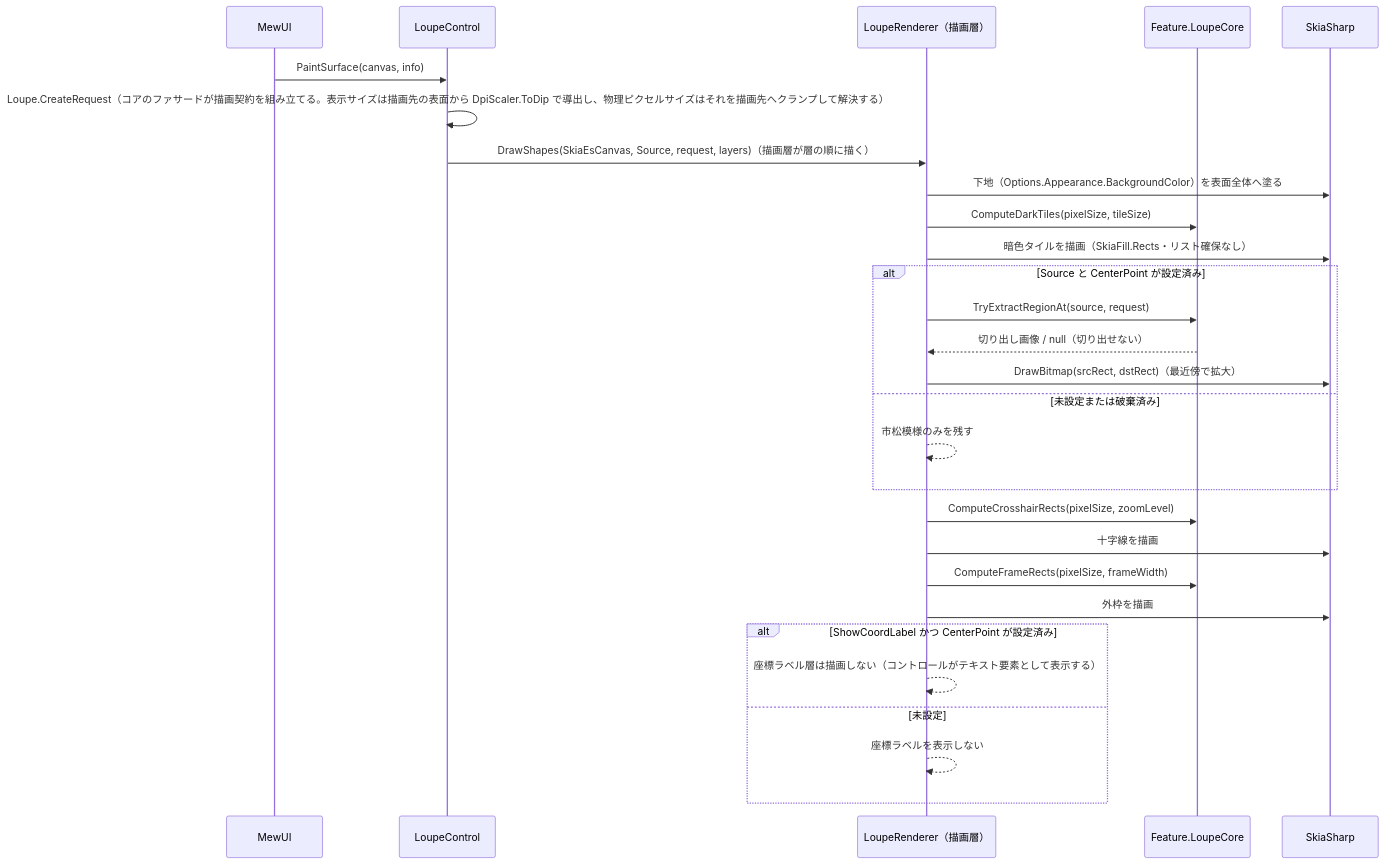
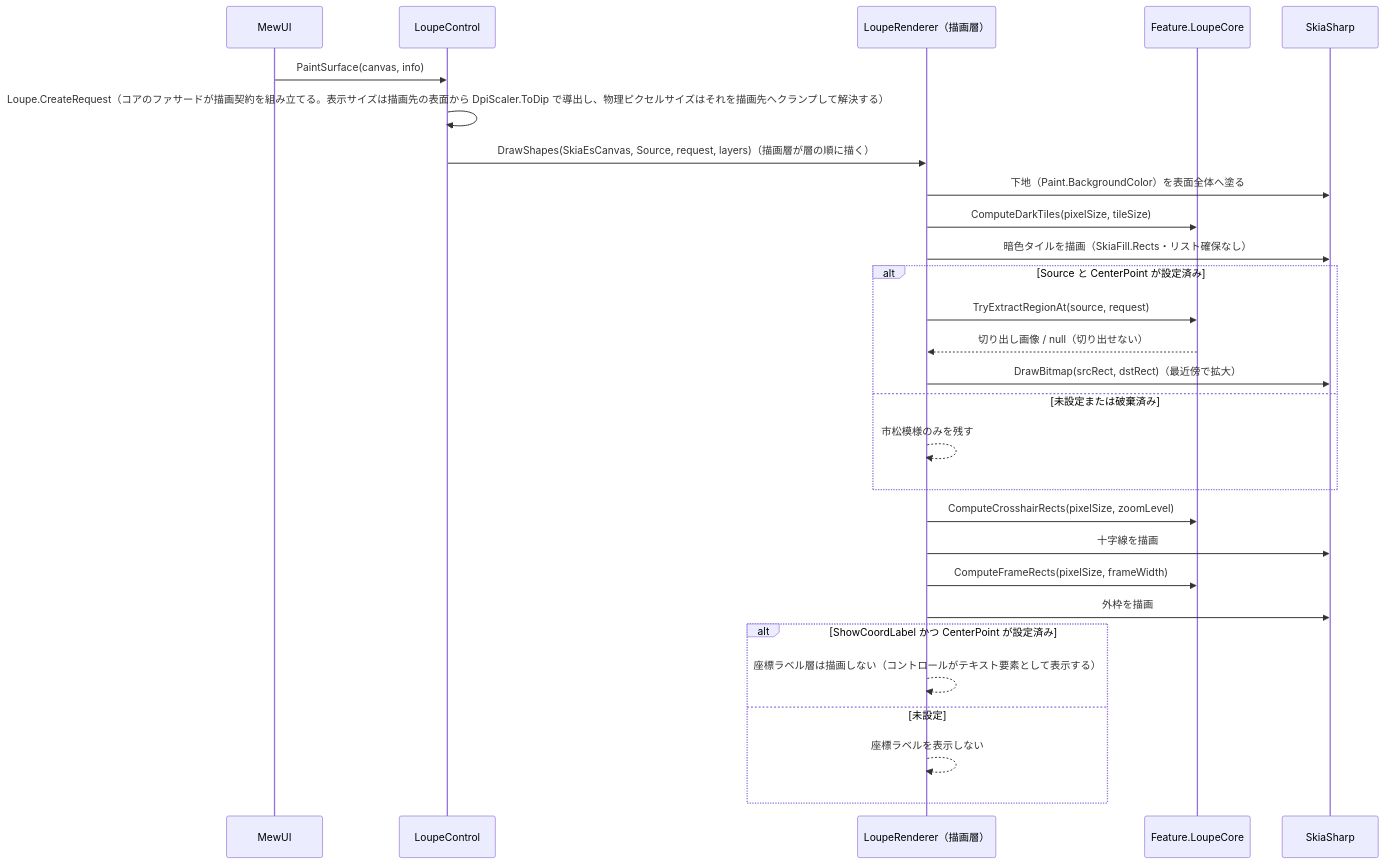
One commit to tomokuni/SaveEvidence changed the second of 2 diagrams in src/LoupeControl.MewUI/SPEC_System.md. Above: the diagram before and after it, drawn with Mermaid. The commit also changed other lines of this file and 95 other files, not shown here.

````diff
--- a/src/LoupeControl.MewUI/SPEC_System.md
+++ b/src/LoupeControl.MewUI/SPEC_System.md
@@ -190,31 +201,31 @@
 ```mermaid
 sequenceDiagram
     participant MW as MewUI
     participant LC as LoupeControl
     participant R as LoupeRenderer（描画層）
     participant C as Feature.LoupeCore
     participant SK as SkiaSharp
 
     MW->>LC: PaintSurface(canvas, info)
     LC->>LC: Loupe.CreateRequest（コアのファサードが描画契約を組み立てる。表示サイズは描画先の表面から DpiScaler.ToDip で導出し、物理ピクセルサイズはそれを描画先へクランプして解決する）
     LC->>R: DrawShapes(SkiaEsCanvas, Source, request, layers)（描画層が層の順に描く）
-    R->>SK: 下地（Options.Appearance.BackgroundColor）を表面全体へ塗る
+    R->>SK: 下地（Paint.BackgroundColor）を表面全体へ塗る
     R->>C: ComputeDarkTiles(pixelSize, tileSize)
     R->>SK: 暗色タイルを描画（SkiaFill.Rects・リスト確保なし）
     alt Source と CenterPoint が設定済み
         R->>C: TryExtractRegionAt(source, request)
         C-->>R: 切り出し画像 / null（切り出せない）
         R->>SK: DrawBitmap(srcRect, dstRect)（最近傍で拡大）
     else 未設定または破棄済み
         R-->>R: 市松模様のみを残す
     end
     R->>C: ComputeCrosshairRects(pixelSize, zoomLevel)
     R->>SK: 十字線を描画
     R->>C: ComputeFrameRects(pixelSize, frameWidth)
     R->>SK: 外枠を描画
     alt ShowCoordLabel かつ CenterPoint が設定済み
         R-->>R: 座標ラベル層は描画しない（コントロールがテキスト要素として表示する）
     else 未設定
         R-->>R: 座標ラベルを表示しない
     end
 ```
````
